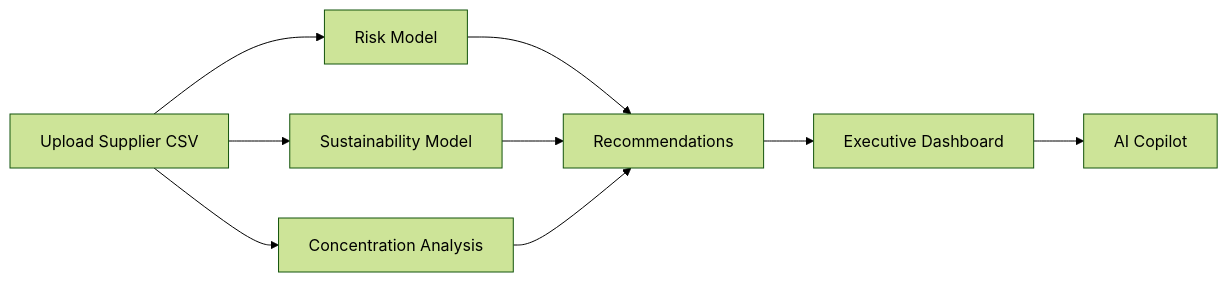
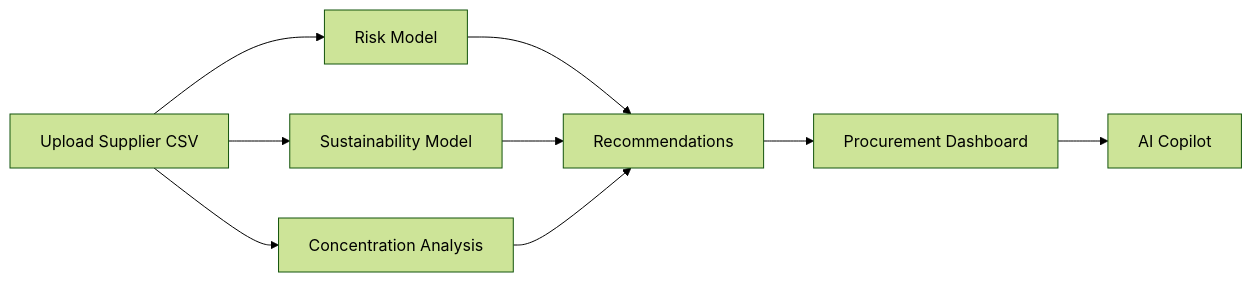
One commit to arnavbabel/SupplyLens changed the diagram in README.md. Above: the diagram before and after it, drawn with Mermaid (forest theme). The commit also changed other lines of this file, not shown here.

Commit message:
Enhance README.md with updated sections for Live Demo, Key Capabilities, and Procurement Dashboard; improve clarity on AI's role in supplier risk scoring.

````diff
--- a/README.md
+++ b/README.md
@@ -150,22 +163,22 @@
 ```mermaid
 flowchart LR
 
 A[Upload Supplier CSV]
 B[Risk Model]
 C[Sustainability Model]
 D[Concentration Analysis]
 E[Recommendations]
-F[Executive Dashboard]
+F[Procurement Dashboard]
 G[AI Copilot]
 
 A --> B
 A --> C
 A --> D
 
 B --> E
 C --> E
 D --> E
 
 E --> F
 F --> G
 ```
````
